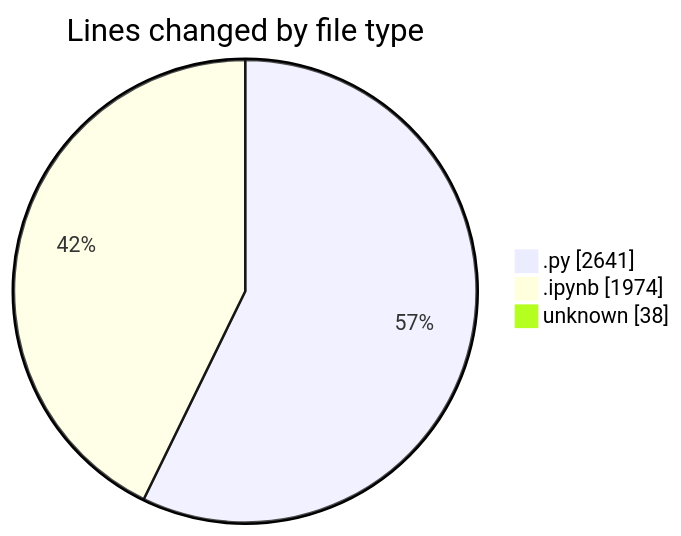
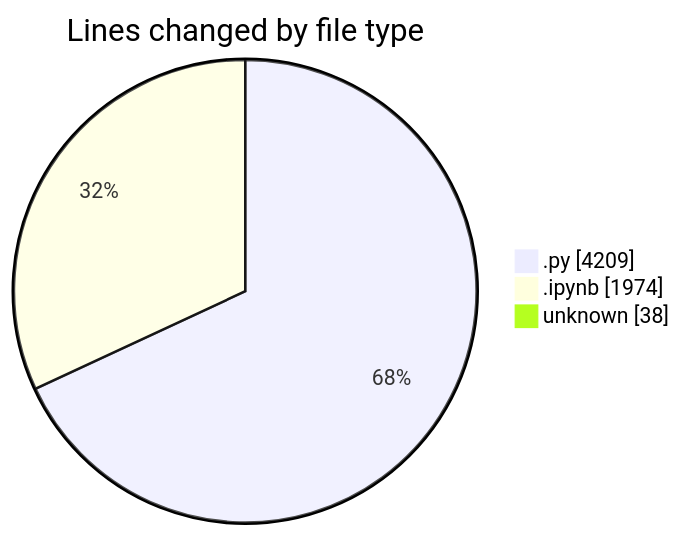
Before and after one commit to MatusMokan/code-tracking: the first of 2 diagrams in 2025-03-21/myws__workspace_/README.md, drawn with Mermaid. The commit also changed other lines of this file and 1 other file, not shown here.

````diff
--- a/2025-03-21/myws__workspace_/README.md
+++ b/2025-03-21/myws__workspace_/README.md
@@ -25,7 +25,7 @@
 ```mermaid
 pie showData
 title Lines changed by file type
-".py" : 2641
+".py" : 4209
 ".ipynb" : 1974
 "unknown" : 38
 ```
````
